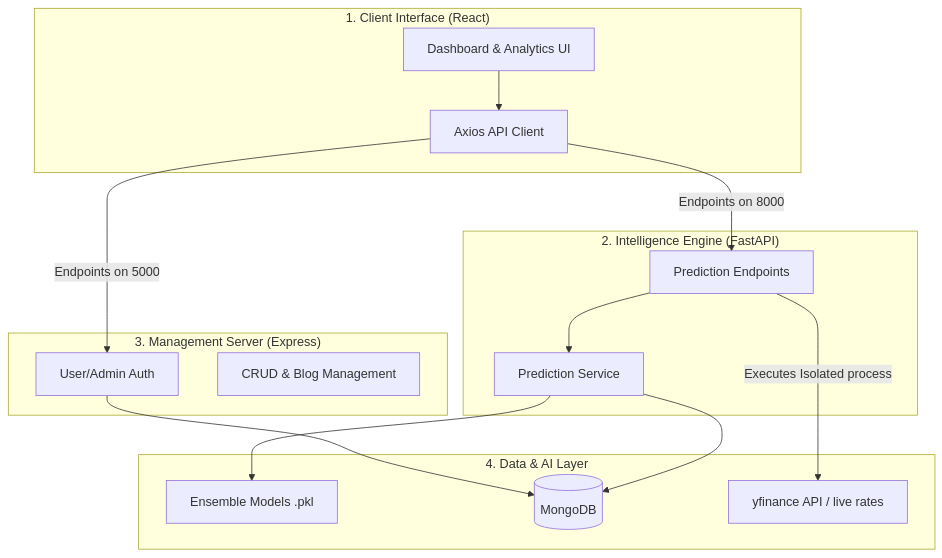
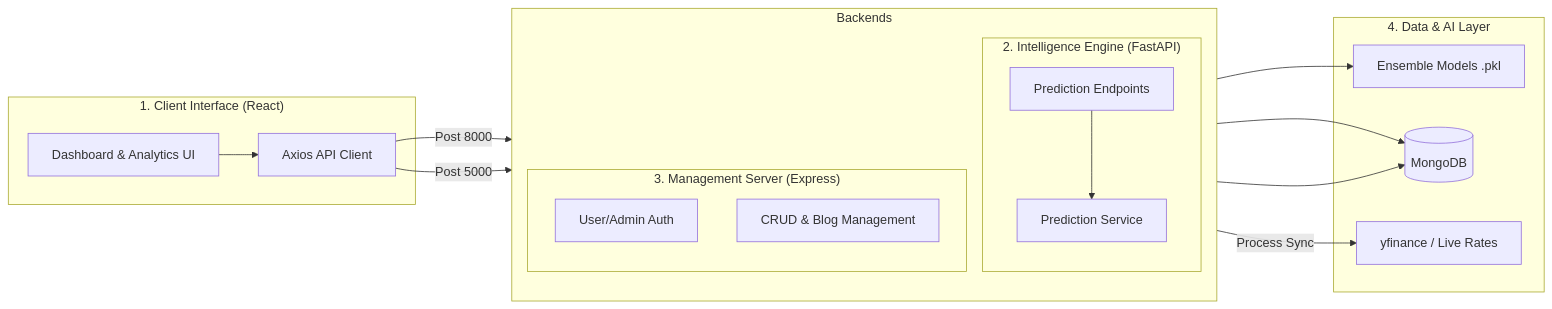
Before and after one commit to usk2003/StockTraQ-v2: the diagram in PROJECT_REPORT.md, drawn with Mermaid. The commit also changed other lines of this file, not shown here.

````diff
--- a/PROJECT_REPORT.md
+++ b/PROJECT_REPORT.md
@@ -16,32 +16,35 @@
 ```mermaid
-graph TD
+graph LR
     subgraph Frontend ["1. Client Interface (React)"]
         UI[Dashboard & Analytics UI]
-        API_Call[Axios API Client]
+        Axios[Axios API Client]
+        UI --> Axios
     end
 
-    subgraph FastAPI_Backend ["2. Intelligence Engine (FastAPI)"]
-        ML_API[Prediction Endpoints]
-        PS[Prediction Service]
-    end
+    subgraph API_Engines ["Backends"]
+        direction TB
+        subgraph FastAPI_Backend ["2. Intelligence Engine (FastAPI)"]
+            ML_API[Prediction Endpoints]
+            PS[Prediction Service]
+            ML_API --> PS
+        end
 
-    subgraph Node_Backend ["3. Management Server (Express)"]
-        Auth_API[User/Admin Auth]
-        Manage[CRUD & Blog Management]
+        subgraph Node_Backend ["3. Management Server (Express)"]
+            Auth_API[User/Admin Auth]
+            Manage[CRUD & Blog Management]
+        end
     end
 
     subgraph Data_Layer ["4. Data & AI Layer"]
         ModelSet[Ensemble Models .pkl]
         DB[(MongoDB)]
-        YF[yfinance API / live rates]
+        YF[yfinance / Live Rates]
     end
 
-    UI --> API_Call
-    API_Call -->|Endpoints on 8000| ML_API
-    API_Call -->|Endpoints on 5000| Auth_API
-    ML_API --> PS
+    Axios -->|Post 8000| ML_API
+    Axios -->|Post 5000| Auth_API
     PS --> ModelSet
     Auth_API --> DB
     PS --> DB
-    ML_API -->|Executes Isolated process| YF
+    ML_API -->|Process Sync| YF
 ```
````
